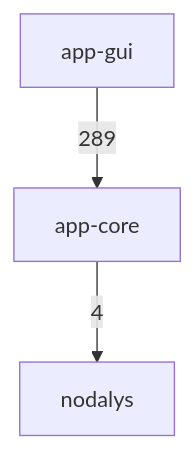
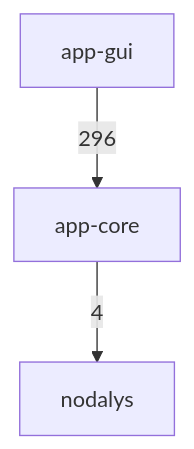
One commit to ronnymilleo/imcsim changed the first of 3 diagrams in docs/architecture.md. Above: the diagram before and after it, drawn with Mermaid. The commit also changed other lines of this file, not shown here.

Commit message:
Update architecture include diagram

````diff
--- a/docs/architecture.md
+++ b/docs/architecture.md
@@ -22,8 +22,8 @@
 ```mermaid
 flowchart TD
     app_gui[app-gui]
     app_core[app-core]
     nodalys[nodalys]
     app_core -->|4| nodalys
-    app_gui -->|289| app_core
+    app_gui -->|296| app_core
 ```
````
